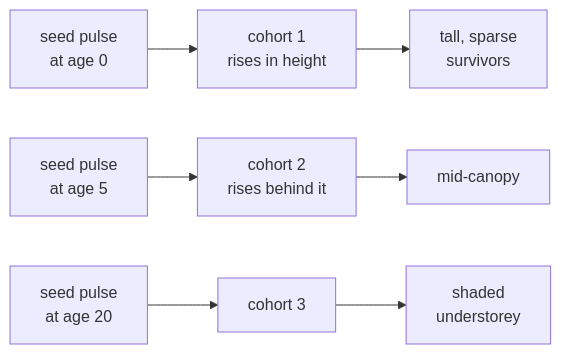
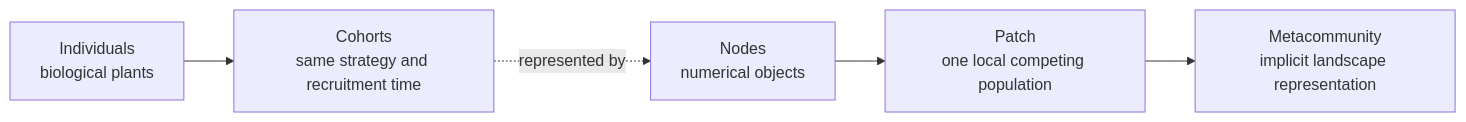
One commit to traitecoevo/overstorey changed the third of 4 diagrams in theory/overview.qmd. Above: the diagram before and after it, drawn with Mermaid. The commit also changed other lines of this file and 123 other files, not shown here.

````diff
--- a/theory/overview.qmd
+++ b/theory/overview.qmd
@@ -183,9 +146,9 @@
 ```{mermaid}
 flowchart LR
-  s1["seed pulse<br/>at age 0"] --> c1["cohort 1<br/>rises in height"]
-  s2["seed pulse<br/>at age 5"] --> c2["cohort 2<br/>rises behind it"]
-  s3["seed pulse<br/>at age 20"] --> c3["cohort 3"]
-  c1 --> canopy["tall, sparse<br/>survivors"]
-  c2 --> mid["mid-canopy"]
-  c3 --> under["shaded<br/>understorey"]
+accTitle: Ecological scales and their numerical representation in plant
+accDescr: Similar individuals are grouped into cohorts represented numerically by nodes. Nodes describe a size-structured population within one patch. Patch states at different ages are weighted together to represent the landscape-scale metacommunity.
+  I["Individuals<br/>biological plants"] --> C["Cohorts<br/>same strategy and recruitment time"]
+  C -. "represented by" .-> N["Nodes<br/>numerical objects"]
+  N --> P["Patch<br/>one local competing population"]
+  P --> M["Metacommunity<br/>implicit landscape representation"]
 ```
````
